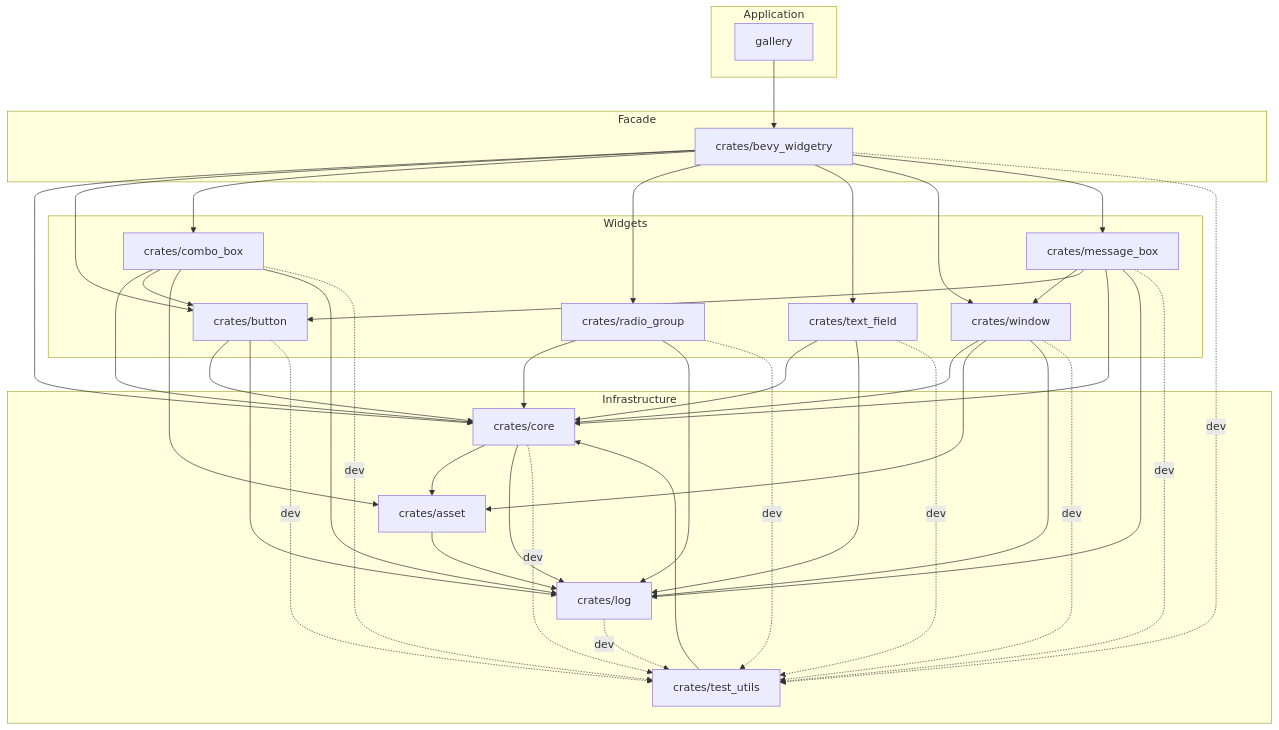
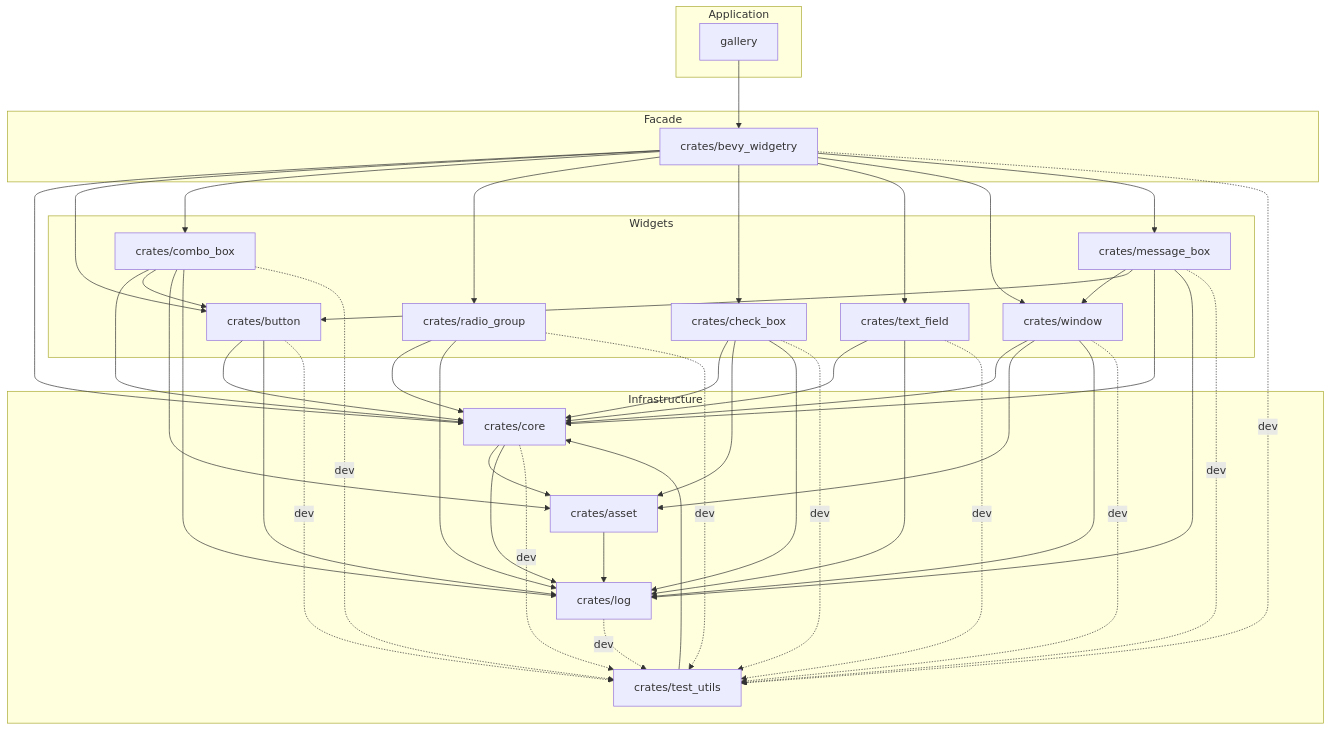
The diagram in docs/architecture.md (slc90/bevy_widgetry), drawn with Mermaid before and after one commit. The commit also changed other lines of this file and 21 other files, not shown here.

First line of the commit message:
新增二态与三态 CheckBox 控件和 Gallery 演示

````diff
--- a/docs/architecture.md
+++ b/docs/architecture.md
@@ -125,70 +130,76 @@
 ```mermaid
 flowchart TD
     subgraph Application
         gallery["gallery"]
     end
 
     subgraph Facade
         widgetry["crates/bevy_widgetry"]
     end
 
     subgraph Widgets
         button["crates/button"]
         combo_box["crates/combo_box"]
         radio_group["crates/radio_group"]
+        check_box["crates/check_box"]
         text_field["crates/text_field"]
         window["crates/window"]
         message_box["crates/message_box"]
     end
 
     subgraph Infrastructure
         log["crates/log"]
         asset["crates/asset"]
         core["crates/core"]
         test_utils["crates/test_utils"]
     end
 
     gallery --> widgetry
 
     widgetry --> core
     widgetry --> button
     widgetry --> combo_box
     widgetry --> radio_group
+    widgetry --> check_box
     widgetry --> text_field
     widgetry --> window
     widgetry --> message_box
 
     message_box --> window
     message_box --> button
     message_box --> core
     message_box --> log
 
     button --> core
     combo_box --> core
     combo_box --> button
     combo_box --> asset
     radio_group --> core
     radio_group --> log
+    check_box --> core
+    check_box --> asset
+    check_box --> log
     text_field --> core
     window --> core
     window --> asset
     core --> asset
     asset --> log
     core --> log
     button --> log
     combo_box --> log
     text_field --> log
     window --> log
 
     test_utils --> core
 
     widgetry -. dev .-> test_utils
     log -. dev .-> test_utils
     core -. dev .-> test_utils
     button -. dev .-> test_utils
     combo_box -. dev .-> test_utils
     radio_group -. dev .-> test_utils
+    check_box -. dev .-> test_utils
     text_field -. dev .-> test_utils
     window -. dev .-> test_utils
     message_box -. dev .-> test_utils
 ```
````
